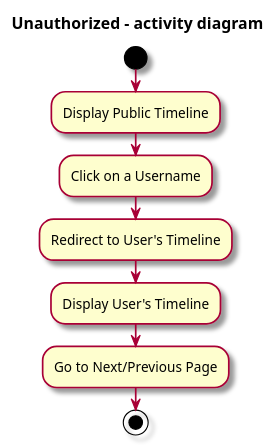
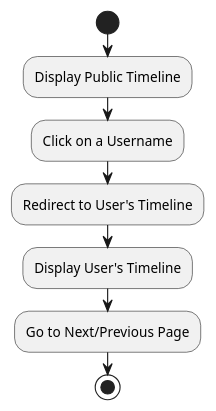
One commit to ITU-BDSA23-GROUP15/Chirp changed the diagram in docs/figures/user_activity_unauthenticated.puml. Above: the diagram before and after it, drawn with PlantUML. The commit also changed 11 other files, not shown here.

```diff
--- a/docs/figures/user_activity_unauthenticated.puml
+++ b/docs/figures/user_activity_unauthenticated.puml
@@ -1,14 +1,10 @@
 @startuml user_activity_unauthenticated
-skin rose
-
-title Unauthorized - activity diagram
-
 start
 :Display Public Timeline;
 :Click on a Username;
 :Redirect to User's Timeline;
 :Display User's Timeline;
 :Go to Next/Previous Page;
 stop
 
 @enduml
```
